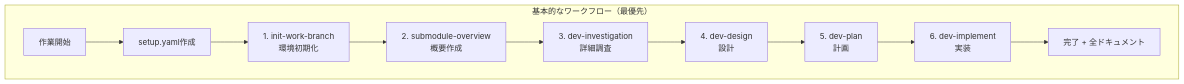
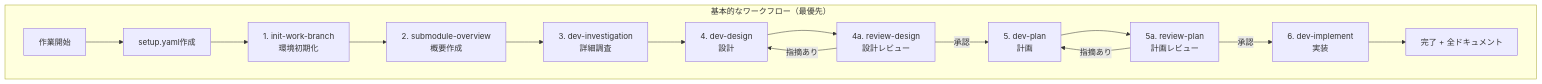
The fourth of 4 diagrams in README.md (NagasakaH/dev-process), drawn with Mermaid before and after one commit. The commit also changed other lines of this file and 1 other file, not shown here.

First line of the commit message:
feat: 設計レビュー・計画レビューのループ処理をdev-planning-managerに追加

````diff
--- a/README.md
+++ b/README.md
@@ -370,13 +386,17 @@
 ```mermaid
 flowchart TD
     subgraph "基本的なワークフロー（最優先）"
         START[作業開始] --> SETUP[setup.yaml作成]
         SETUP --> S1[1. init-work-branch<br/>環境初期化]
         S1 --> S2[2. submodule-overview<br/>概要作成]
         S2 --> S3[3. dev-investigation<br/>詳細調査]
         S3 --> S4[4. dev-design<br/>設計]
-        S4 --> S5[5. dev-plan<br/>計画]
-        S5 --> S6[6. dev-implement<br/>実装]
+        S4 --> S4a[4a. review-design<br/>設計レビュー]
+        S4a -->|承認| S5[5. dev-plan<br/>計画]
+        S4a -->|指摘あり| S4
+        S5 --> S5a[5a. review-plan<br/>計画レビュー]
+        S5a -->|承認| S6[6. dev-implement<br/>実装]
+        S5a -->|指摘あり| S5
         S6 --> DONE[完了 + 全ドキュメント]
     end
 ```
````
